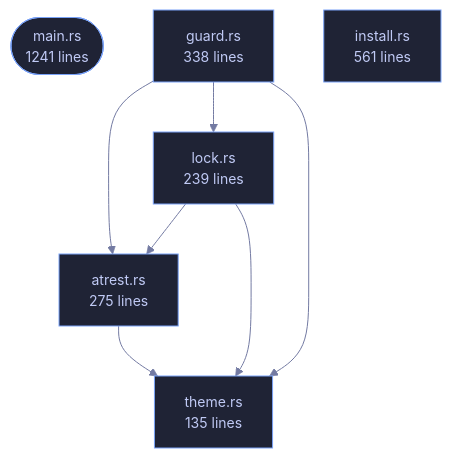
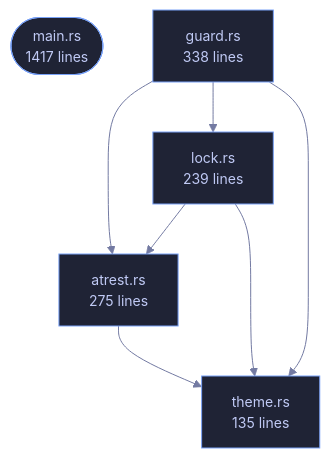
One commit to tilas01/veilvoice changed the diagram in wiki/Crate-veilvoice-cli.md. Above: the diagram before and after it, drawn with Mermaid. The commit also changed other lines of this file and 61 other files, not shown here.

````diff
--- a/wiki/Crate-veilvoice-cli.md
+++ b/wiki/Crate-veilvoice-cli.md
@@ -67,22 +74,20 @@
 ```mermaid
 %%{init: {"theme":"base","themeVariables":{"background":"#1a1b26","primaryColor":"#1f2335","primaryTextColor":"#c0caf5","primaryBorderColor":"#7aa2f7","secondaryColor":"#16161e","tertiaryColor":"#16161e","lineColor":"#737aa2","textColor":"#c0caf5","mainBkg":"#1f2335","nodeBorder":"#7aa2f7","clusterBkg":"#16161e","clusterBorder":"#2f3549","fontFamily":"ui-monospace, SFMono-Regular, Consolas, monospace","fontSize":"14px"}}}%%
 flowchart TD
-    n_main(["main.rs<br/>1241 lines"])
+    n_main(["main.rs<br/>1417 lines"])
     n_atrest["atrest.rs<br/>275 lines"]
     n_guard["guard.rs<br/>338 lines"]
-    n_install["install.rs<br/>561 lines"]
     n_lock["lock.rs<br/>239 lines"]
     n_theme["theme.rs<br/>135 lines"]
     n_atrest --> n_theme
     n_guard --> n_atrest
     n_guard --> n_lock
     n_guard --> n_theme
     n_lock --> n_atrest
     n_lock --> n_theme
     click n_main href "https://github.com/tilas01/veilvoice/blob/main/crates/veilvoice-cli/src/main.rs" "open the source"
     click n_atrest href "https://github.com/tilas01/veilvoice/blob/main/crates/veilvoice-cli/src/atrest.rs" "open the source"
     click n_guard href "https://github.com/tilas01/veilvoice/blob/main/crates/veilvoice-cli/src/guard.rs" "open the source"
-    click n_install href "https://github.com/tilas01/veilvoice/blob/main/crates/veilvoice-cli/src/install.rs" "open the source"
     click n_lock href "https://github.com/tilas01/veilvoice/blob/main/crates/veilvoice-cli/src/lock.rs" "open the source"
     click n_theme href "https://github.com/tilas01/veilvoice/blob/main/crates/veilvoice-cli/src/theme.rs" "open the source"
 ```
````
